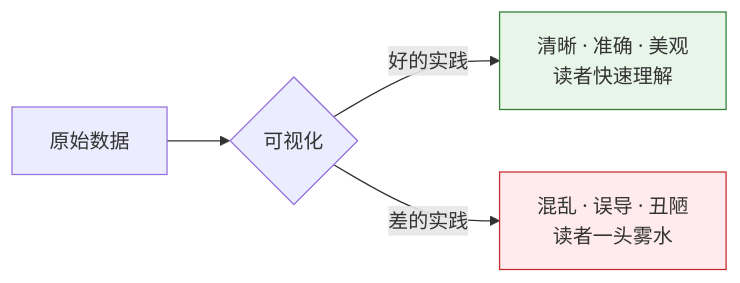
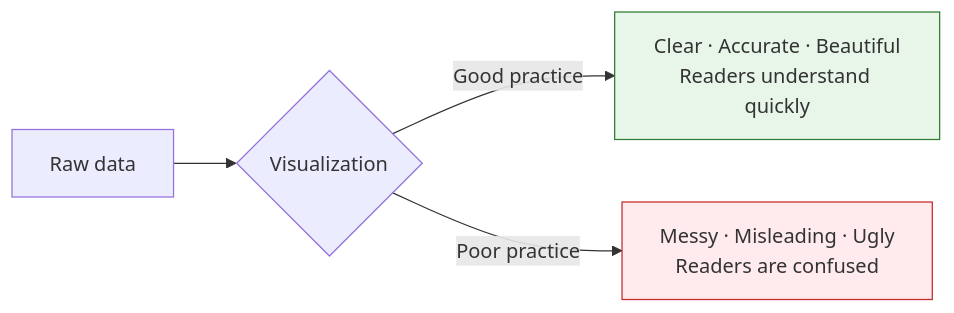
Before and after one commit to oudbiao/AI-fullstack-course: the second of 7 diagrams in docs/ch03-data-analysis/ch04-visualization/04-best-practices.md, drawn with Mermaid. The commit also changed other lines of this file and 1406 other files, not shown here.

````diff
--- a/docs/ch03-data-analysis/ch04-visualization/04-best-practices.md
+++ b/docs/ch03-data-analysis/ch04-visualization/04-best-practices.md
@@ -60,9 +60,9 @@
 ```mermaid
 flowchart LR
-    A["原始数据"] --> B{"可视化"}
-    B -->|好的实践| C["清晰 · 准确 · 美观<br/>读者快速理解"]
-    B -->|差的实践| D["混乱 · 误导 · 丑陋<br/>读者一头雾水"]
+    A["Raw data"] --> B{"Visualization"}
+    B -->|Good practice| C["Clear · Accurate · Beautiful<br/>Readers understand quickly"]
+    B -->|Poor practice| D["Messy · Misleading · Ugly<br/>Readers are confused"]
 
     style C fill:#e8f5e9,stroke:#2e7d32,color:#333
     style D fill:#ffebee,stroke:#c62828,color:#333
 ```
````
